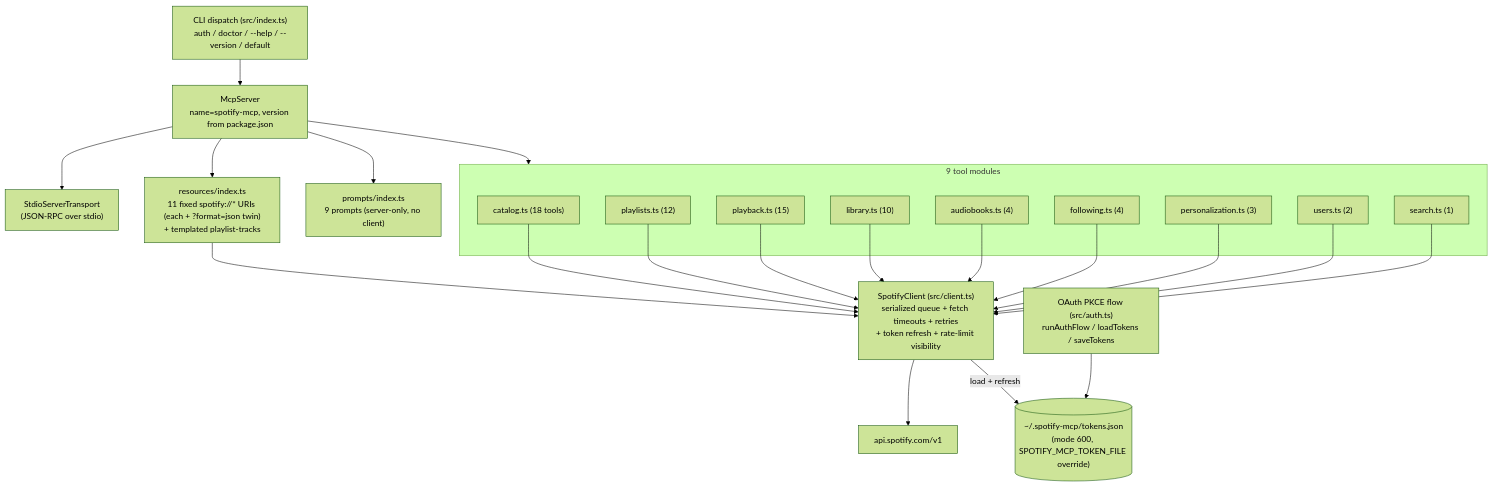
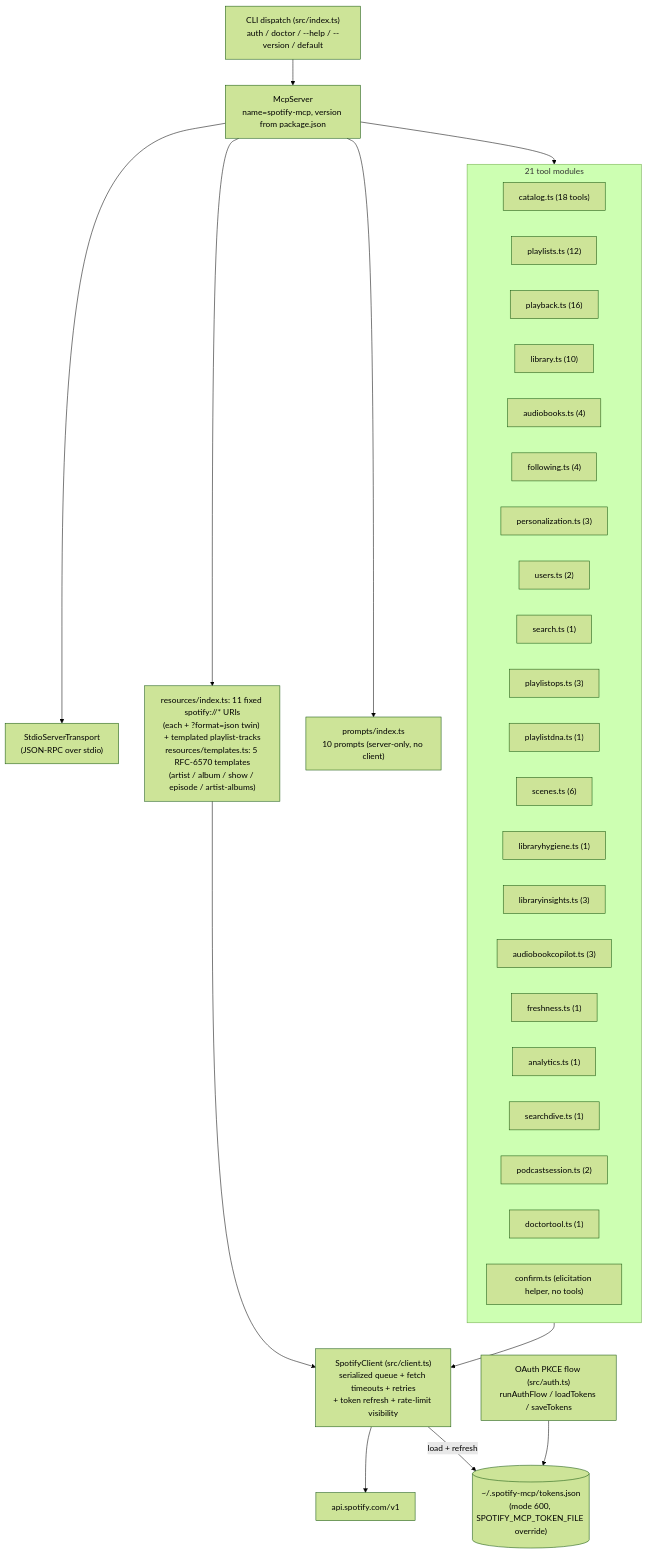
One commit to NovaLux12/spotify-mcp-server changed the first of 2 diagrams in ARCHITECTURE.md. Above: the diagram before and after it, drawn with Mermaid (forest theme). The commit also changed other lines of this file, not shown here.

First line of the commit message:
docs: overhaul ARCHITECTURE.md for v1.13.0

````diff
--- a/ARCHITECTURE.md
+++ b/ARCHITECTURE.md
@@ -7,36 +7,39 @@
 ```mermaid
 flowchart TD
     CLI["CLI dispatch (src/index.ts)<br/>auth / doctor / --help / --version / default"] --> MCP["McpServer<br/>name=spotify-mcp, version from package.json"]
     MCP --> T["StdioServerTransport<br/>(JSON-RPC over stdio)"]
 
-    subgraph REG["9 tool modules"]
+    subgraph REG["21 tool modules"]
         CA["catalog.ts (18 tools)"]
         PL["playlists.ts (12)"]
-        PB["playback.ts (15)"]
+        PB["playback.ts (16)"]
         LI["library.ts (10)"]
         AB["audiobooks.ts (4)"]
         FO["following.ts (4)"]
         PE["personalization.ts (3)"]
         US["users.ts (2)"]
         SE["search.ts (1)"]
+        PO["playlistops.ts (3)"]
+        PD["playlistdna.ts (1)"]
+        SC["scenes.ts (6)"]
+        LH["libraryhygiene.ts (1)"]
+        LIn["libraryinsights.ts (3)"]
+        ABC["audiobookcopilot.ts (3)"]
+        FR["freshness.ts (1)"]
+        AN["analytics.ts (1)"]
+        SD["searchdive.ts (1)"]
+        PS["podcastsession.ts (2)"]
+        DT["doctortool.ts (1)"]
+        CF["confirm.ts (elicitation helper, no tools)"]
     end
     MCP --> REG
 
-    MCP --> RES["resources/index.ts<br/>11 fixed spotify://* URIs (each + ?format=json twin)<br/>+ templated playlist-tracks"]
-    MCP --> PRM["prompts/index.ts<br/>9 prompts (server-only, no client)"]
+    MCP --> RES["resources/index.ts: 11 fixed spotify://* URIs<br/>(each + ?format=json twin) + templated playlist-tracks<br/>resources/templates.ts: 5 RFC-6570 templates<br/>(artist / album / show / episode / artist-albums)"]
+    MCP --> PRM["prompts/index.ts<br/>10 prompts (server-only, no client)"]
 
-    CA --> C
-    PL --> C
-    PB --> C
-    LI --> C
-    AB --> C
-    FO --> C
-    PE --> C
-    US --> C
-    SE --> C
+    REG --> C
     RES --> C
-
     C["SpotifyClient (src/client.ts)<br/>serialized queue + fetch timeouts + retries<br/>+ token refresh + rate-limit visibility"] --> API["api.spotify.com/v1"]
     AUTH["OAuth PKCE flow (src/auth.ts)<br/>runAuthFlow / loadTokens / saveTokens"] --> TOK[("~/.spotify-mcp/tokens.json<br/>(mode 600, SPOTIFY_MCP_TOKEN_FILE override)")]
     C -- "load + refresh" --> TOK
 ```
````
